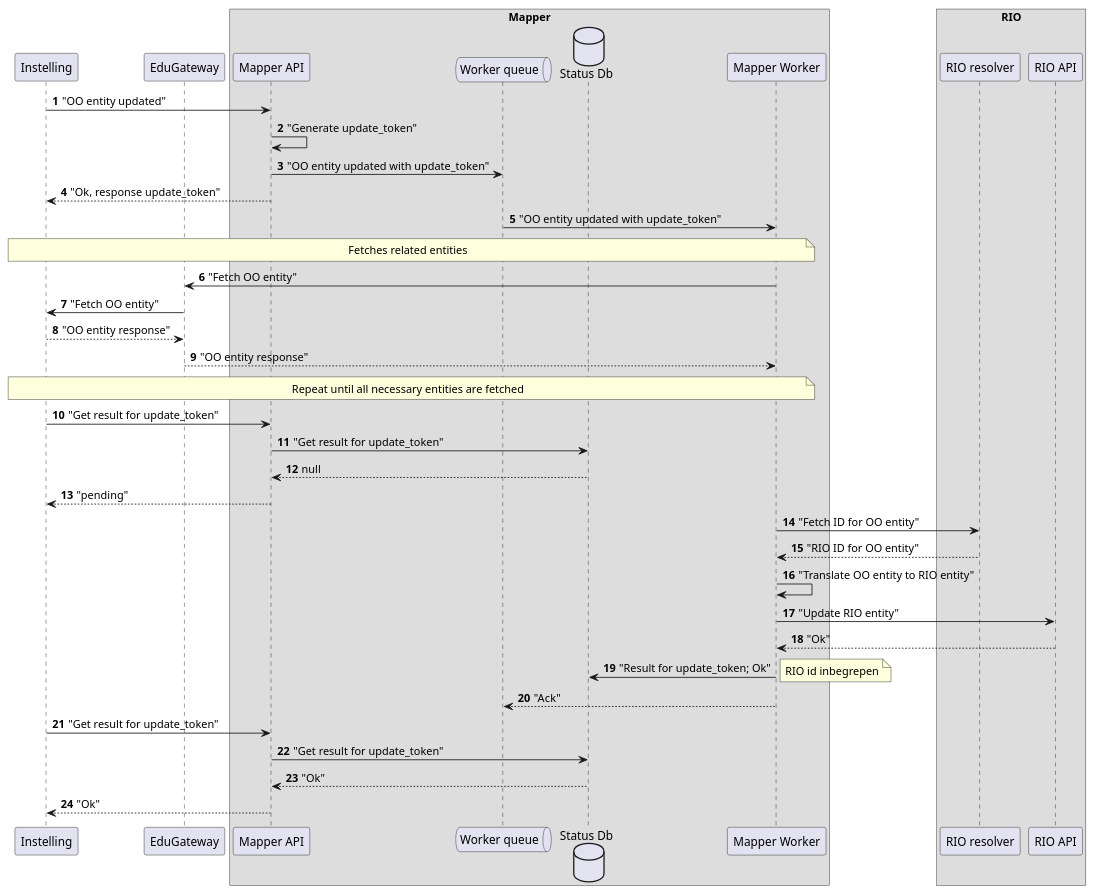
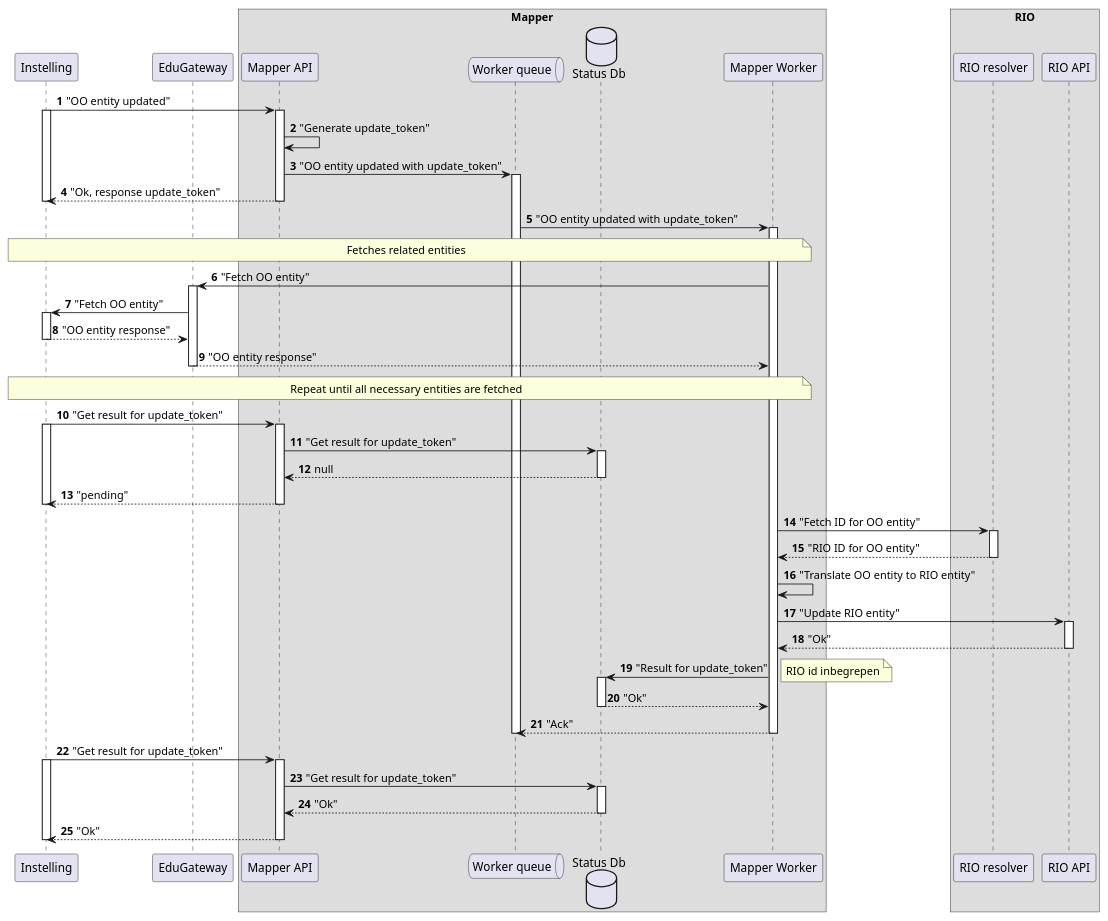
Before and after one commit to jomco/eduhub-rio-mapper: the second of 8 diagrams in doc/design/rio-mapper-ontwerp.org, drawn with PlantUML.

Commit message:
Activation / lifelines added to diagram

```diff
--- a/doc/design/rio-mapper-ontwerp.org
+++ b/doc/design/rio-mapper-ontwerp.org
@@ -483,42 +483,86 @@
      autonumber
 
      institute -> api : "OO entity updated"
-     api -> api : "Generate update_token"
-     api -> queue : "OO entity updated with update_token"
-     api --> institute : "Ok, response update_token"
+     activate institute
+       activate api
 
-     queue -> mapper : "OO entity updated with update_token"
-     note over institute, mapper
-       Fetches related entities
-     end note
-     mapper -> gateway : "Fetch OO entity"
-     gateway -> institute : "Fetch OO entity"
-     institute --> gateway : "OO entity response"
-     gateway --> mapper : "OO entity response"
-     note over institute, mapper
-       Repeat until all necessary entities are fetched
-     end note
+         api -> api : "Generate update_token"
+
+         api -> queue : "OO entity updated with update_token"
+         activate queue
+           api --> institute : "Ok, response update_token"
+         deactivate institute
+       deactivate api
+  
+       queue -> mapper : "OO entity updated with update_token"
+       activate mapper
+
+         note over institute, mapper
+           Fetches related entities
+         end note
+
+         mapper -> gateway : "Fetch OO entity"
+         activate gateway
+
+
+           gateway -> institute : "Fetch OO entity"
+           activate institute
+             institute --> gateway : "OO entity response"
+           deactivate institute
+
+           gateway --> mapper : "OO entity response"
+         deactivate gateway
+         note over institute, mapper
+           Repeat until all necessary entities are fetched
+         end note
+
+         institute -> api : "Get result for update_token"
+         activate institute
+           activate api
+
+             api -> log : "Get result for update_token"
+             activate log
+               log --> api : null
+             deactivate log
+
+             api --> institute : "pending"
+           deactivate api
+         deactivate institute
+
+         mapper -> resolver : "Fetch ID for OO entity"
+         activate resolver
+           resolver --> mapper : "RIO ID for OO entity"
+         deactivate resolver
+
+         mapper -> mapper : "Translate OO entity to RIO entity"
+
+
+         mapper -> duo : "Update RIO entity"
+         activate duo
+           duo --> mapper : "Ok"
+         deactivate duo
+
+         mapper -> log : "Result for update_token"
+         activate log
+           note right
+             RIO id inbegrepen
+           end note
+           log --> mapper : "Ok"
+         deactivate log
+         mapper --> queue : "Ack"
+       deactivate mapper
+     deactivate queue
 
      institute -> api : "Get result for update_token"
-     api -> log : "Get result for update_token"
-     log --> api : null
-     api --> institute : "pending"
+     activate api
+       activate institute
+         api -> log : "Get result for update_token"
+         activate log
 
-     mapper -> resolver : "Fetch ID for OO entity"
-     resolver --> mapper : "RIO ID for OO entity"
-
-     mapper -> mapper : "Translate OO entity to RIO entity"
-     mapper -> duo : "Update RIO entity"
-     duo --> mapper : "Ok"
-     mapper -> log : "Result for update_token; Ok"
-     note right
-       RIO id inbegrepen
-     end note
-     mapper --> queue : "Ack"
-
-     institute -> api : "Get result for update_token"
-     api -> log : "Get result for update_token"
-     log --> api : "Ok"
-     api --> institute : "Ok"
+           log --> api : "Ok"
+         deactivate log
+         api --> institute : "Ok"
+       deactivate api
+     deactivate institute
      @enduml
    #+end_src
```
